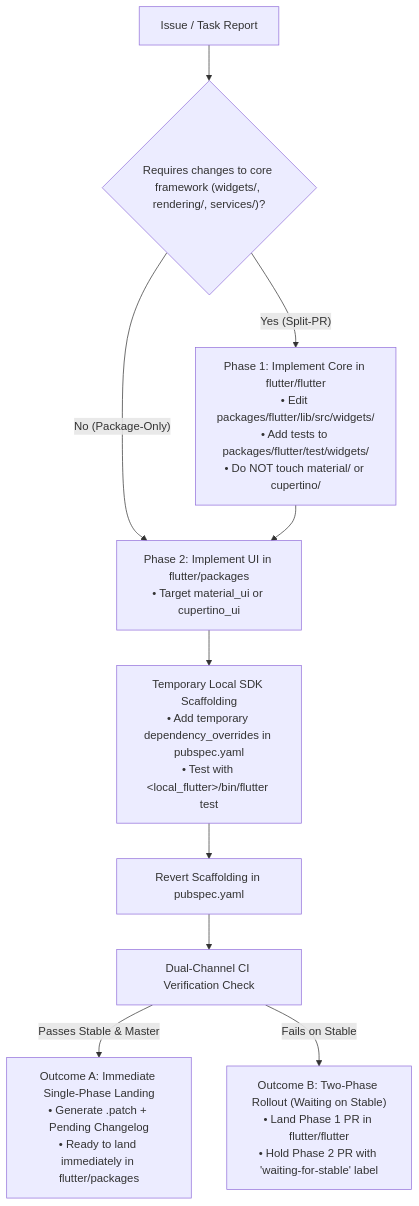
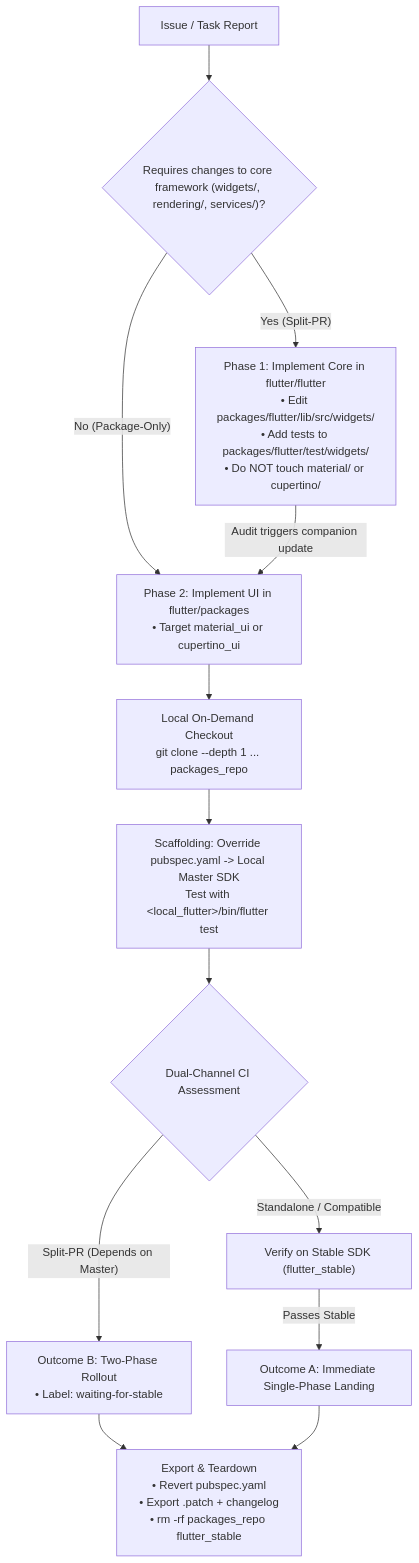
Before and after one commit to Renzo-Olivares/flutter: the diagram in .agents/skills/material-cupertino-packages/SKILL.md, drawn with Mermaid. The commit also changed other lines of this file and 4 other files, not shown here.

````diff
--- a/.agents/skills/material-cupertino-packages/SKILL.md
+++ b/.agents/skills/material-cupertino-packages/SKILL.md
@@ -49,15 +49,19 @@
 ```mermaid
 flowchart TD
     A["Issue / Task Report"] --> B{"Requires changes to core framework (widgets/, rendering/, services/)?"}
     
     B -->|"Yes (Split-PR)"| C["Phase 1: Implement Core in flutter/flutter<br/>• Edit packages/flutter/lib/src/widgets/<br/>• Add tests to packages/flutter/test/widgets/<br/>• Do NOT touch material/ or cupertino/"]
     B -->|"No (Package-Only)"| D["Phase 2: Implement UI in flutter/packages<br/>• Target material_ui or cupertino_ui"]
     
-    C --> D
-    D --> E["Temporary Local SDK Scaffolding<br/>• Add temporary dependency_overrides in pubspec.yaml<br/>• Test with &lt;local_flutter&gt;/bin/flutter test"]
-    E --> F["Revert Scaffolding in pubspec.yaml"]
-    F --> G["Dual-Channel CI Verification Check"]
+    C -->|"Audit triggers companion update"| D
+    D --> E["Local On-Demand Checkout<br/>git clone --depth 1 ... packages_repo"]
+    E --> F["Scaffolding: Override pubspec.yaml -> Local Master SDK<br/>Test with &lt;local_flutter&gt;/bin/flutter test"]
+    F --> G{"Dual-Channel CI Assessment"}
     
-    G -->|"Passes Stable & Master"| H["Outcome A: Immediate Single-Phase Landing<br/>• Generate .patch + Pending Changelog<br/>• Ready to land immediately in flutter/packages"]
-    G -->|"Fails on Stable"| I["Outcome B: Two-Phase Rollout (Waiting on Stable)<br/>• Land Phase 1 PR in flutter/flutter<br/>• Hold Phase 2 PR with 'waiting-for-stable' label"]
+    G -->|"Split-PR (Depends on Master)"| H["Outcome B: Two-Phase Rollout<br/>• Label: waiting-for-stable"]
+    G -->|"Standalone / Compatible"| I["Verify on Stable SDK (flutter_stable)"]
+    I -->|"Passes Stable"| J["Outcome A: Immediate Single-Phase Landing"]
+    
+    H --> K["Export & Teardown<br/>• Revert pubspec.yaml<br/>• Export .patch + changelog<br/>• rm -rf packages_repo flutter_stable"]
+    J --> K
 ```
````
